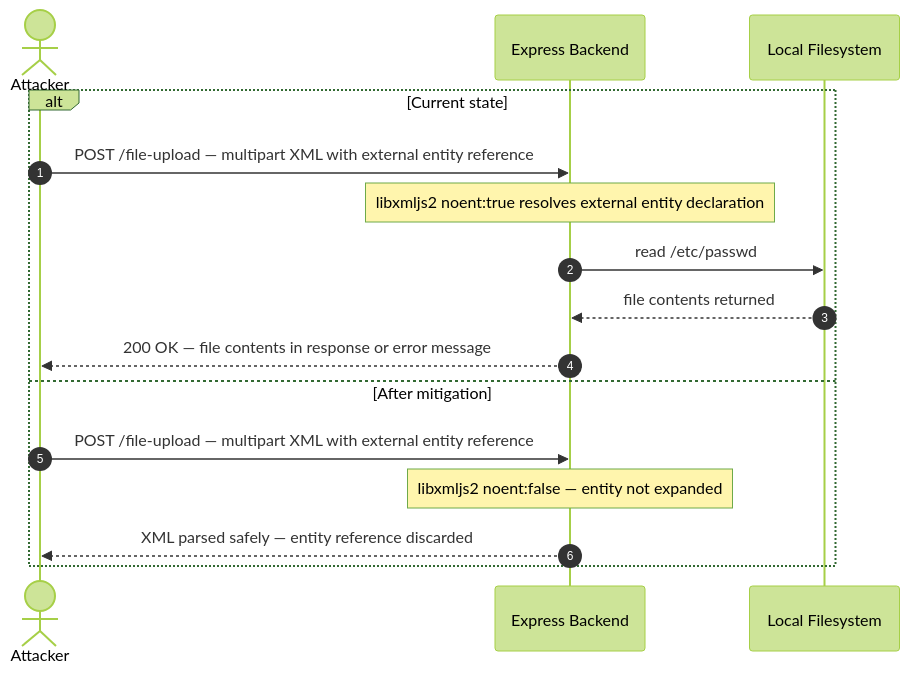
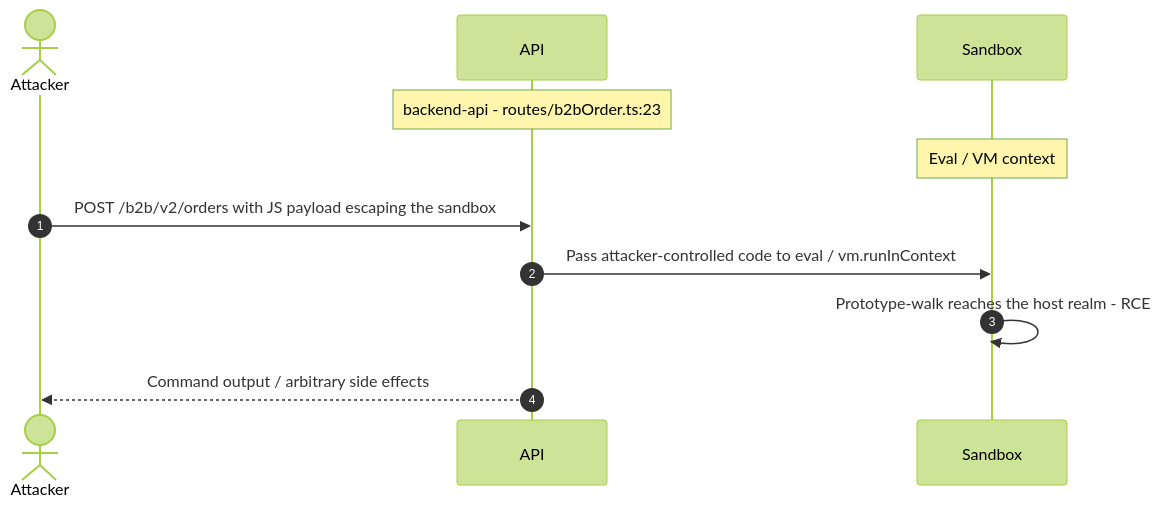
Diagram 12 of 19 in examples/threat-modeler/threat-model-juice-shop-standard.md (appsec-foundry/appsec-advisor), drawn with Mermaid (forest theme) before and after one commit. The commit also changed other lines of this file and 4 other files, not shown here.

````diff
--- a/examples/threat-modeler/threat-model-juice-shop-standard.md
+++ b/examples/threat-modeler/threat-model-juice-shop-standard.md
@@ -650,19 +633,13 @@
 ```mermaid
 sequenceDiagram
     autonumber
     actor Attacker
-    participant App as Express Backend
-    participant FS as Local Filesystem
-
-    alt Current state
-        Attacker->>App: POST /file-upload — multipart XML with external entity reference
-        Note over App: libxmljs2 noent:true resolves external entity declaration
-        App->>FS: read /etc/passwd
-        FS-->>App: file contents returned
-        App-->>Attacker: 200 OK — file contents in response or error message
-    else After mitigation
-        Attacker->>App: POST /file-upload — multipart XML with external entity reference
-        Note over App: libxmljs2 noent:false — entity not expanded
-        App-->>Attacker: XML parsed safely — entity reference discarded
-    end
+    participant API
+    participant Sandbox
+    Note over API: backend-api - routes/b2bOrder.ts:23
+    Note over Sandbox: Eval / VM context
+    Attacker->>API: POST /b2b/v2/orders with JS payload escaping the sandbox
+    API->>Sandbox: Pass attacker-controlled code to eval / vm.runInContext
+    Sandbox->>Sandbox: Prototype-walk reaches the host realm - RCE
+    API-->>Attacker: Command output / arbitrary side effects
 ```
````
